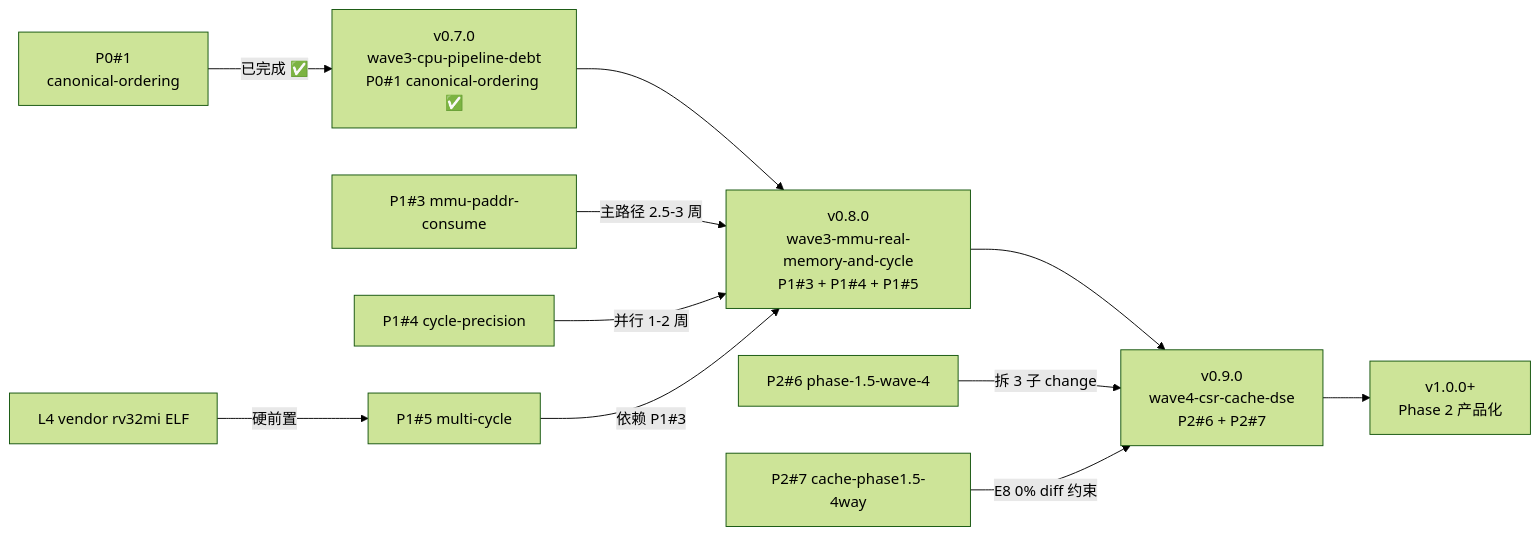
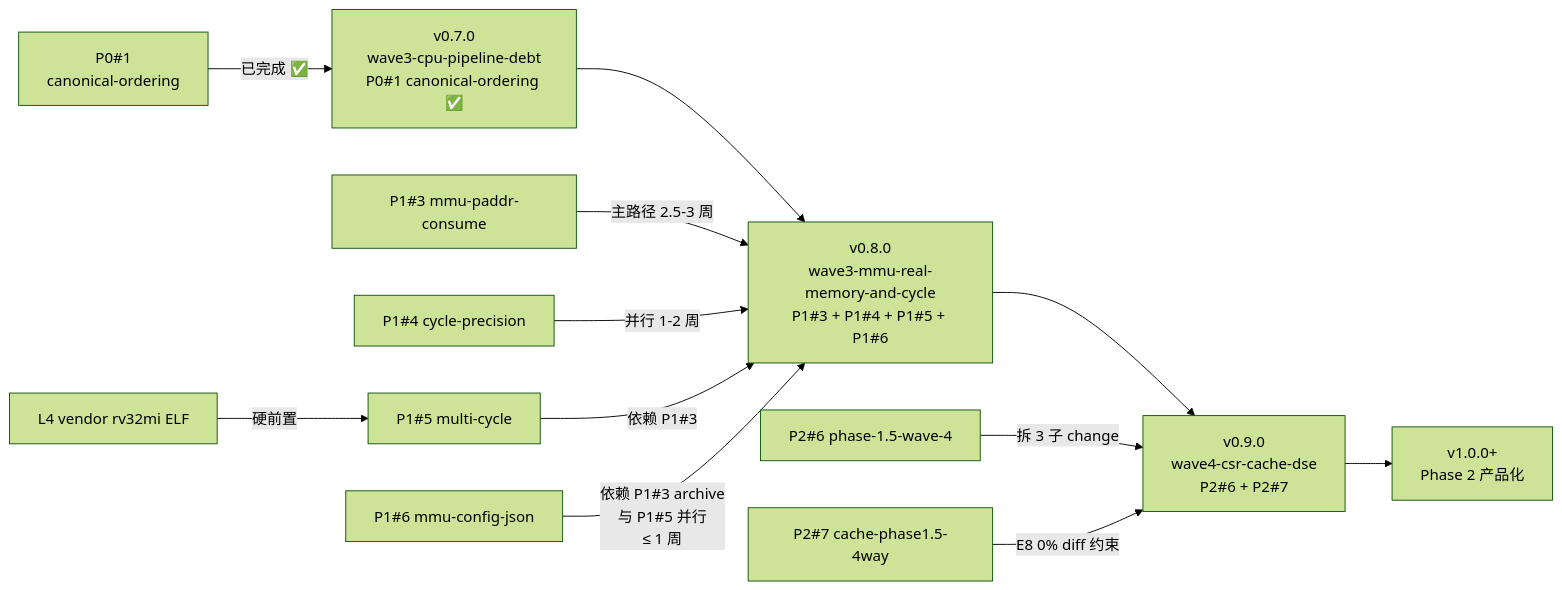
One commit to chisuhua/ChipForge changed the diagram in docs/roadmap/strategy/execution-roadmap.md. Above: the diagram before and after it, drawn with Mermaid (forest theme). The commit also changed other lines of this file and 2 other files, not shown here.

First line of the commit message:
docs(strategy+adr): P1#6 mmu-config-json-driven 拆分同步 (ADR后续项 + 战略柱 + 执行路线图)

````diff
--- a/docs/roadmap/strategy/execution-roadmap.md
+++ b/docs/roadmap/strategy/execution-roadmap.md
@@ -16,17 +16,18 @@
 ```mermaid
 graph LR
     V070[v0.7.0<br/>wave3-cpu-pipeline-debt<br/>P0#1 canonical-ordering ✅]
-    V080[v0.8.0<br/>wave3-mmu-real-memory-and-cycle<br/>P1#3 + P1#4 + P1#5]
+    V080[v0.8.0<br/>wave3-mmu-real-memory-and-cycle<br/>P1#3 + P1#4 + P1#5 + P1#6]
     V090[v0.9.0<br/>wave4-csr-cache-dse<br/>P2#6 + P2#7]
     V100[v1.0.0+<br/>Phase 2 产品化]
 
     V070 --> V080 --> V090 --> V100
 
     P01[P0#1<br/>canonical-ordering] -->|已完成 ✅| V070
     P13[P1#3 mmu-paddr-consume] -->|主路径 2.5-3 周| V080
     P14[P1#4 cycle-precision] -->|并行 1-2 周| V080
     P15[P1#5 multi-cycle] -->|依赖 P1#3| V080
     L4[L4 vendor rv32mi ELF] -->|硬前置| P15
+    PCJ[P1#6 mmu-config-json] -->|依赖 P1#3 archive<br/>与 P1#5 并行<br/>≤ 1 周| V080
     P26[P2#6 phase-1.5-wave-4] -->|拆 3 子 change| V090
     P27[P2#7 cache-phase1.5-4way] -->|E8 0% diff 约束| V090
 ```
````
